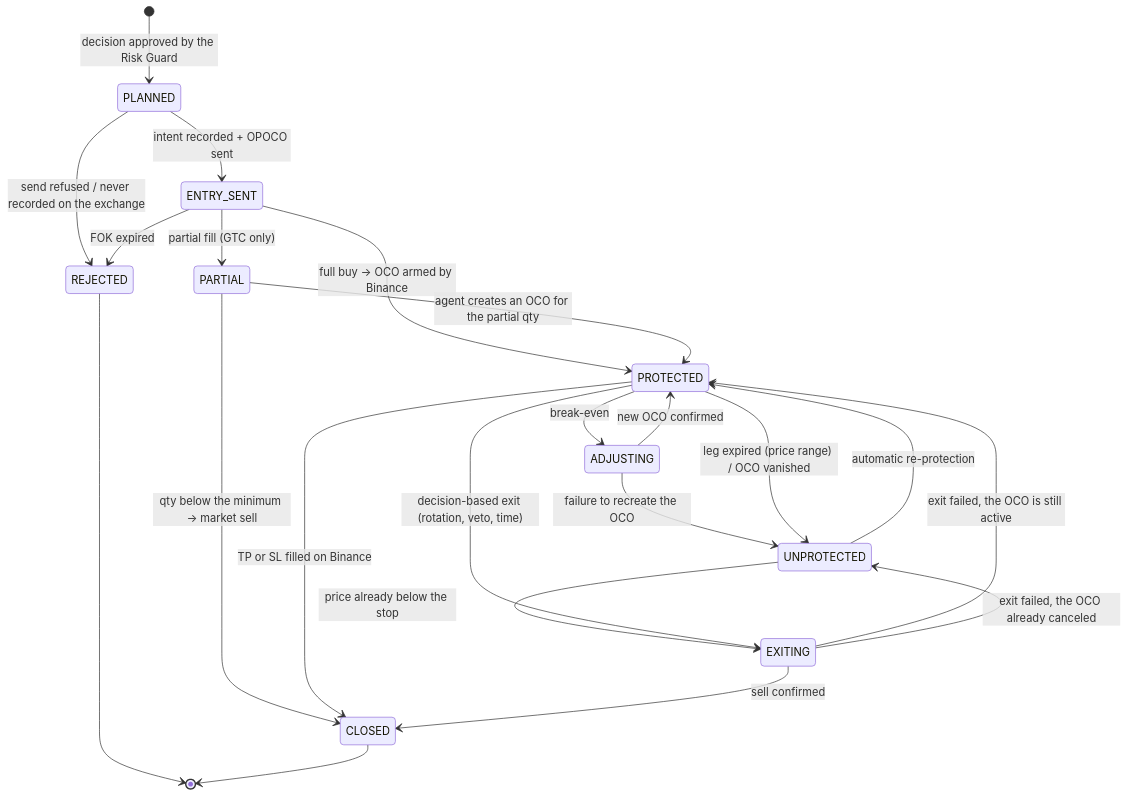
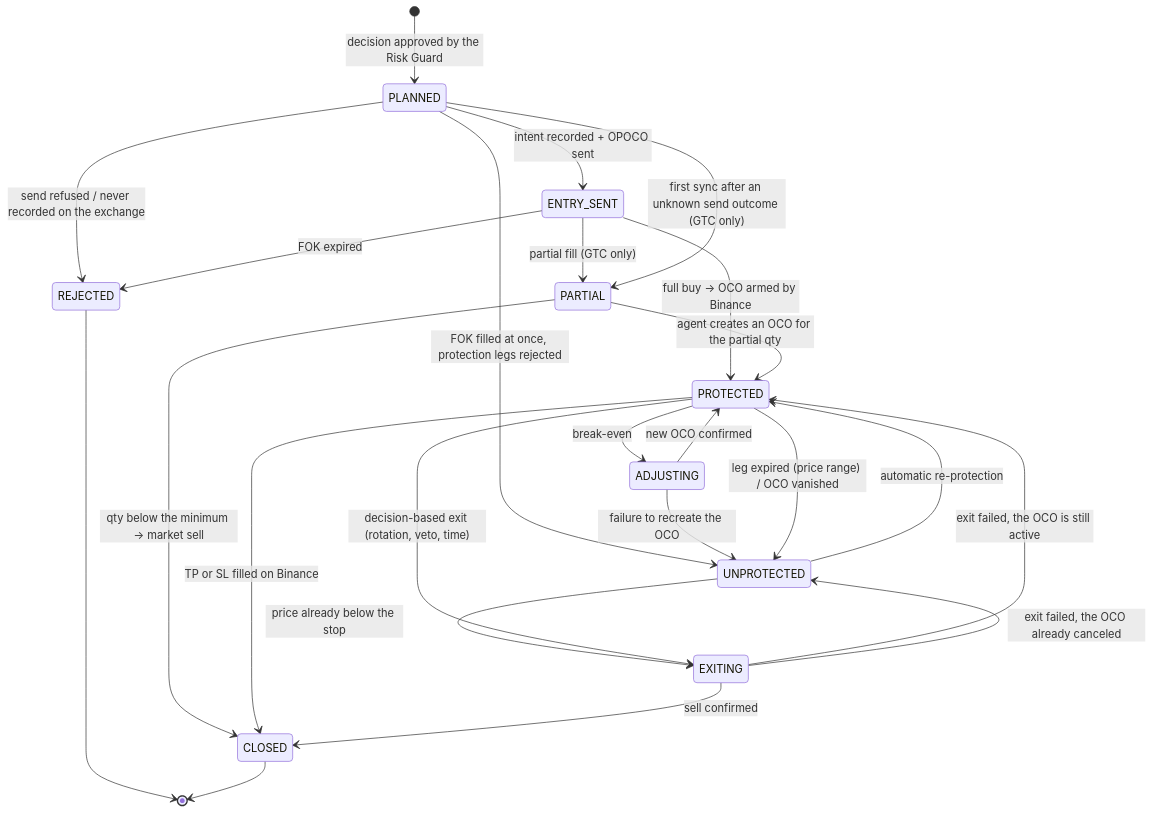
One commit to matheusneder/ai-trade-agent changed the third of 4 diagrams in doc/03-architecture.md. Above: the diagram before and after it, drawn with Mermaid. The commit also changed 5 other files, not shown here.

First line of the commit message:
Allow planned -> unprotected when a FOK entry's protection is rejected (PR #66)

````diff
--- a/doc/03-architecture.md
+++ b/doc/03-architecture.md
@@ -441,24 +441,26 @@
 ```mermaid
 stateDiagram-v2
   [*] --> PLANNED: decision approved by the Risk Guard
   PLANNED --> ENTRY_SENT: intent recorded + OPOCO sent
   PLANNED --> REJECTED: send refused / never recorded on the exchange
   ENTRY_SENT --> REJECTED: FOK expired
   ENTRY_SENT --> PARTIAL: partial fill (GTC only)
   ENTRY_SENT --> PROTECTED: full buy → OCO armed by Binance
+  PLANNED --> UNPROTECTED: FOK filled at once, protection legs rejected
+  PLANNED --> PARTIAL: first sync after an unknown send outcome (GTC only)
   PARTIAL --> PROTECTED: agent creates an OCO for the partial qty
   PARTIAL --> CLOSED: qty below the minimum → market sell
   PROTECTED --> ADJUSTING: break-even
   ADJUSTING --> PROTECTED: new OCO confirmed
   ADJUSTING --> UNPROTECTED: failure to recreate the OCO
   PROTECTED --> UNPROTECTED: leg expired (price range) / OCO vanished
   UNPROTECTED --> PROTECTED: automatic re-protection
   UNPROTECTED --> EXITING: price already below the stop
   PROTECTED --> EXITING: decision-based exit (rotation, veto, time)
   PROTECTED --> CLOSED: TP or SL filled on Binance
   EXITING --> CLOSED: sell confirmed
   EXITING --> PROTECTED: exit failed, the OCO is still active
   EXITING --> UNPROTECTED: exit failed, the OCO already canceled
   REJECTED --> [*]
   CLOSED --> [*]
 ```
````
